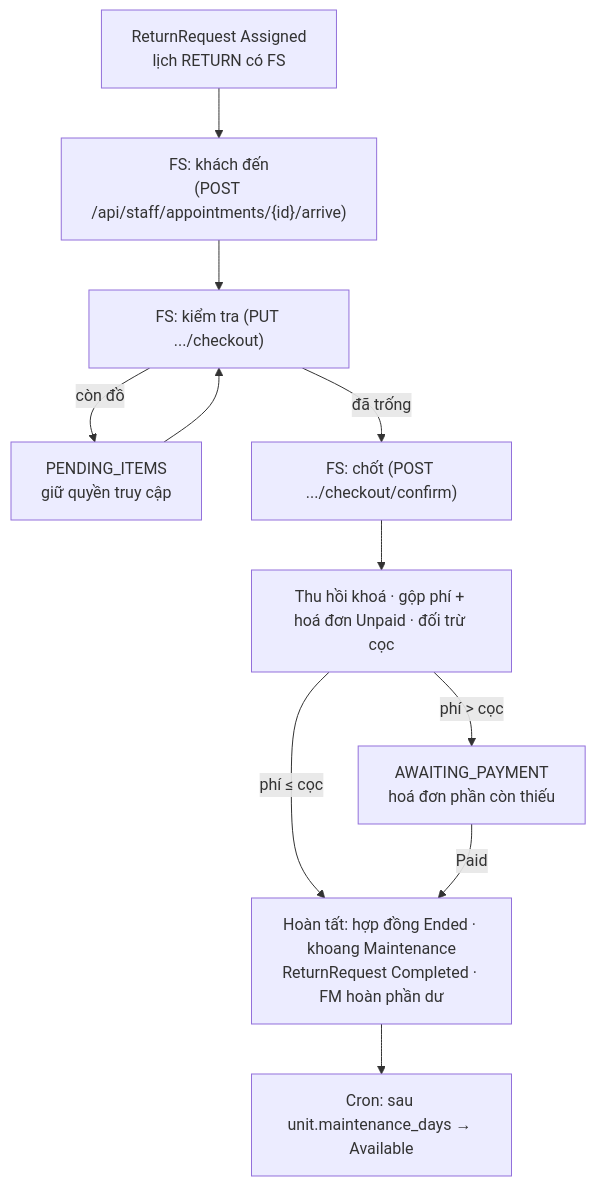
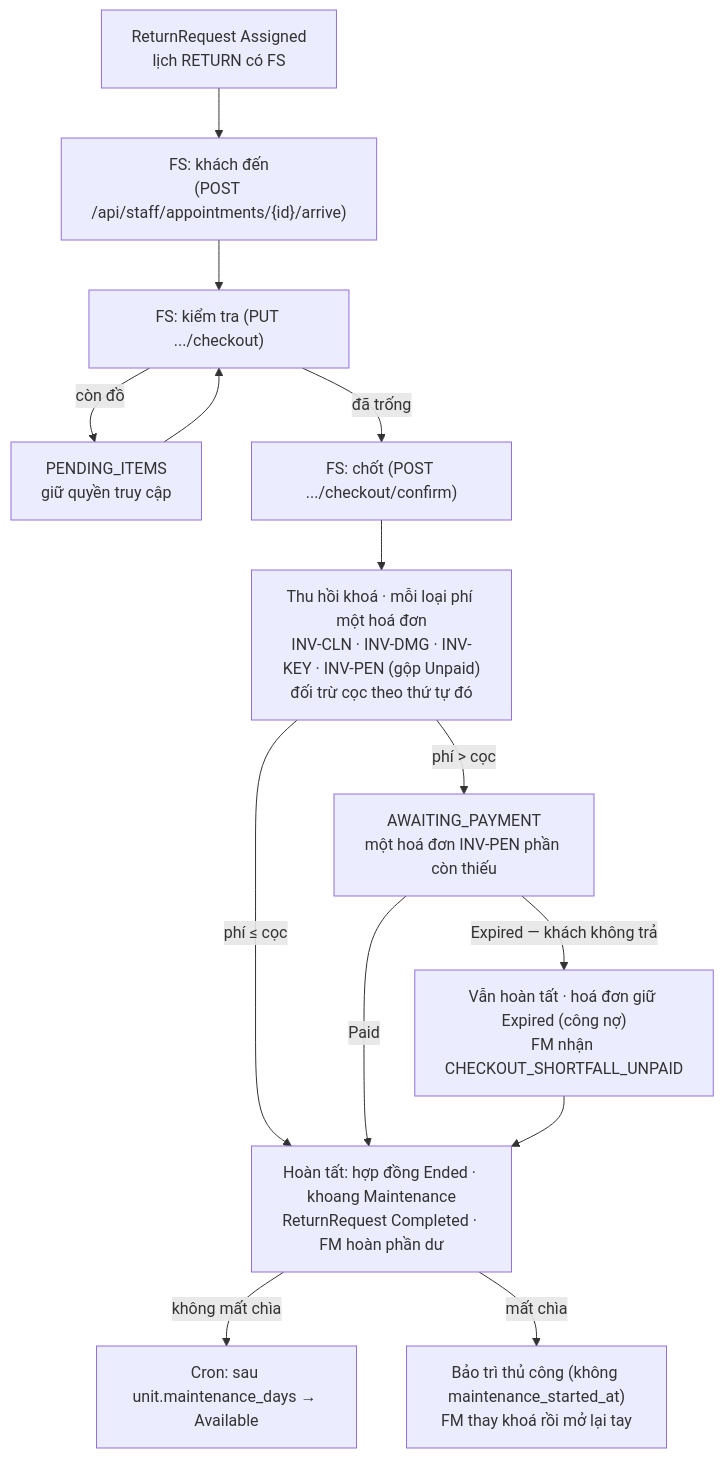
Before and after one commit to BiBo364/self-storage: the diagram in backend/docs/checkout/return.md, drawn with Mermaid. The commit also changed other lines of this file and 133 other files, not shown here.

````diff
--- a/backend/docs/checkout/return.md
+++ b/backend/docs/checkout/return.md
@@ -16,11 +31,14 @@
 ```mermaid
 flowchart TB
     A["ReturnRequest Assigned<br/>lịch RETURN có FS"] --> B["FS: khách đến<br/>(POST /api/staff/appointments/{id}/arrive)"]
     B --> C["FS: kiểm tra (PUT .../checkout)"]
     C -->|còn đồ| P["PENDING_ITEMS<br/>giữ quyền truy cập"] --> C
     C -->|đã trống| D["FS: chốt (POST .../checkout/confirm)"]
-    D --> E["Thu hồi khoá · gộp phí + hoá đơn Unpaid · đối trừ cọc"]
+    D --> E["Thu hồi khoá · mỗi loại phí một hoá đơn<br/>INV-CLN · INV-DMG · INV-KEY · INV-PEN (gộp Unpaid)<br/>đối trừ cọc theo thứ tự đó"]
     E -->|phí ≤ cọc| F["Hoàn tất: hợp đồng Ended · khoang Maintenance<br/>ReturnRequest Completed · FM hoàn phần dư"]
-    E -->|phí > cọc| G["AWAITING_PAYMENT<br/>hoá đơn phần còn thiếu"] -->|Paid| F
-    F --> H["Cron: sau unit.maintenance_days → Available"]
+    E -->|phí > cọc| G["AWAITING_PAYMENT<br/>một hoá đơn INV-PEN phần còn thiếu"]
+    G -->|Paid| F
+    G -->|Expired — khách không trả| X["Vẫn hoàn tất · hoá đơn giữ Expired (công nợ)<br/>FM nhận CHECKOUT_SHORTFALL_UNPAID"] --> F
+    F -->|không mất chìa| H["Cron: sau unit.maintenance_days → Available"]
+    F -->|mất chìa| M["Bảo trì thủ công (không maintenance_started_at)<br/>FM thay khoá rồi mở lại tay"]
 ```
````
